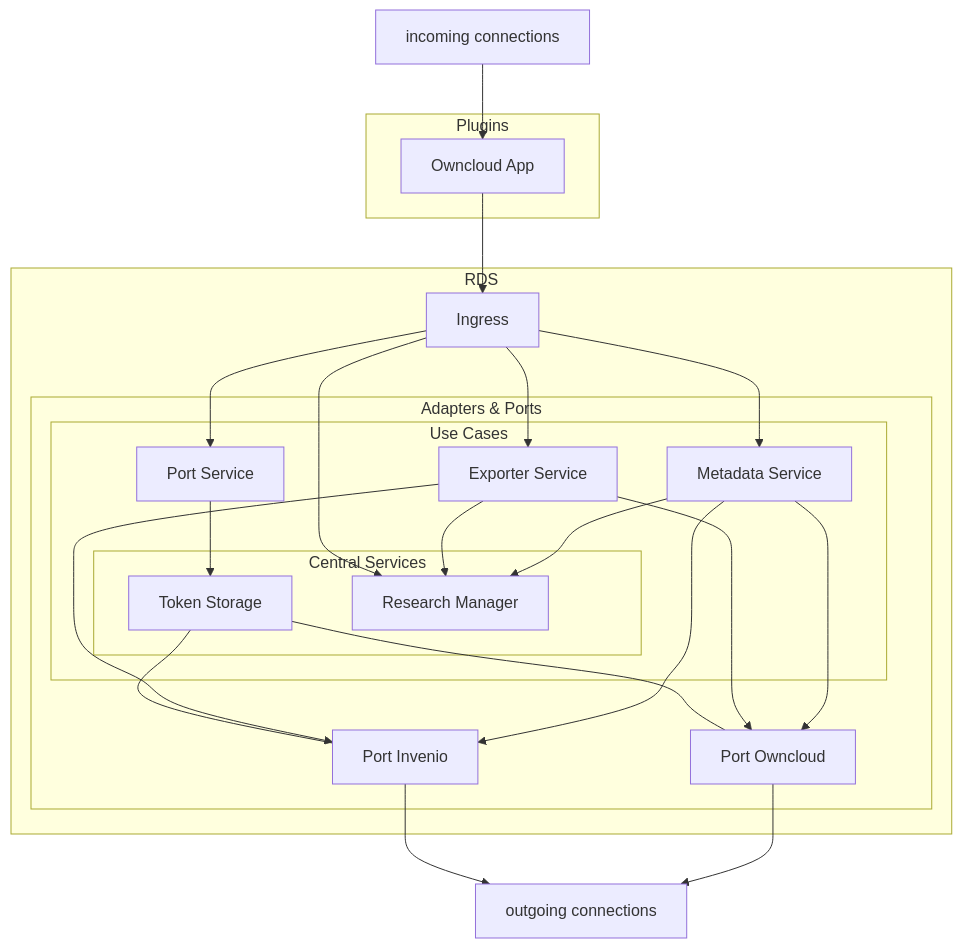
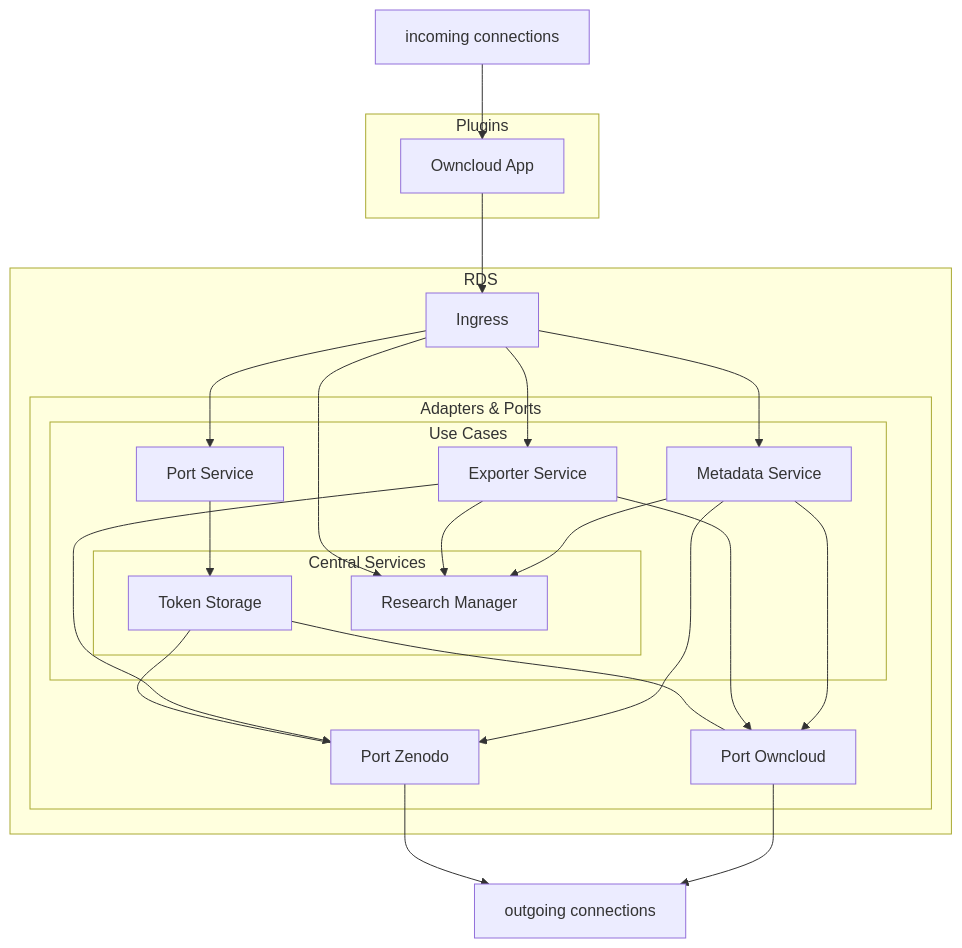
Before and after one commit to Sciebo-RDS/Sciebo-RDS: the diagram in docs/content/doc/impl/infrastructure/ecosystem.md, drawn with Mermaid. The commit also changed 1 other file, not shown here.

Commit message:
add click to owncloud plugin

````diff
--- a/docs/content/doc/impl/infrastructure/ecosystem.md
+++ b/docs/content/doc/impl/infrastructure/ecosystem.md
@@ -18,67 +18,69 @@
 ```mermaid
 graph TD;
   %% define nodes
 
   subgraph Plugins
       OP[Owncloud App]
   end
 
 
   subgraph RDS
     Ingress
 
     subgraph Adapters & Ports
       %% SPAEx[SPA Exporter]
       %% SPATS[SPA Token Storage]
 
-      PInvenio[Port Invenio]
+      PInvenio[Port Zenodo]
       POwncloud[Port Owncloud]
 
       subgraph Use Cases
         UCExporter[Exporter Service]
         UCPort[Port Service]
         UCMetadata[Metadata Service]
         %% UCProject[Project Service]
 
         subgraph Central Services
           CSToken[Token Storage]
           CSProject[Research Manager]
         end
       end
     end
   end
 
   WWWI[incoming connections]
   WWWO[outgoing connections]
+
+  click OP "/doc/impl/plugins/owncloud/"
 
   click PInvenio "/doc/impl/ports/port-invenio"
   click POwncloud "/doc/impl/ports/port-storage"
 
   click UCPort "/doc/impl/use-cases/port-service"
   click UCExporter "/doc/impl/use-cases/exporter"
   click UCMetadata "/doc/impl/use-cases/metadata"
 
   click CSProject "/doc/impl/central/research-manager"
   click CSToken ""/doc/impl/central/token-storage""
 
   %% define connections
   WWWI --> OP
   OP --> Ingress
 
   %% Ingress --> SPAEx --> UCExporter
   %% Ingress --> SPATS --> CSToken
   %% Ingress -->|Nur für die Registration von neuen Tokens| ARegister
   Ingress --> CSProject & UCExporter & UCMetadata & UCPort
 
   %% UCExporter --> UCProject
   %% UCProject --> CSProject
   UCPort --> CSToken
 
   CSToken --- PInvenio & POwncloud
   UCExporter & UCMetadata --> PInvenio & POwncloud & CSProject
 
   %% PInvenio --> POwncloud
 
   PInvenio --> WWWO
   POwncloud --> WWWO
 ```
````
